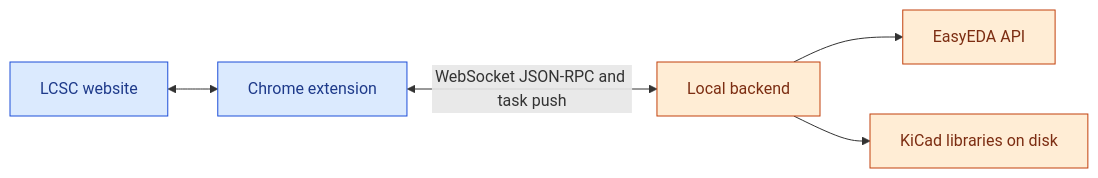
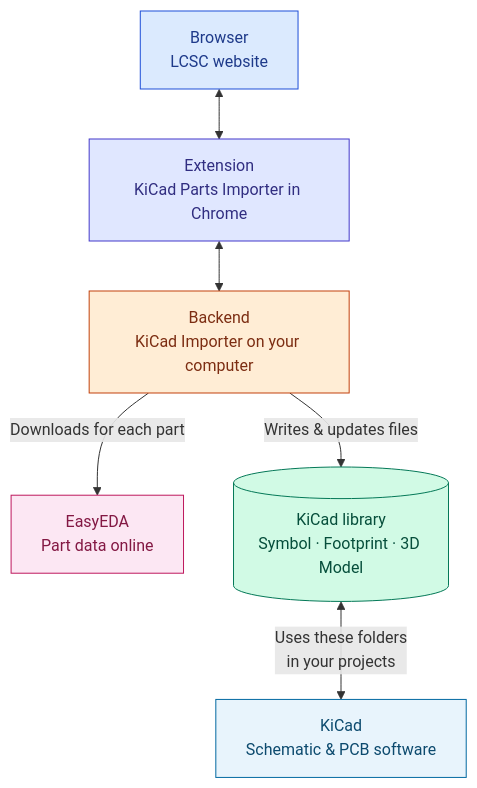
Before and after one commit to CarlKuhligk/LCSC2KicadChromeExtension: the diagram in README.md, drawn with Mermaid. The commit also changed other lines of this file, not shown here.

First line of the commit message:
docs: update README for extension, API previews, and workflow

````diff
--- a/README.md
+++ b/README.md
@@ -14,13 +27,34 @@
 ```mermaid
-flowchart LR
-  lcsc[LCSC website] <--> ext[Chrome extension]
-  ext <-->|WebSocket JSON-RPC and task push| api[Local backend]
-  api --> easyeda[EasyEDA API]
-  api --> disk[KiCad libraries on disk]
+flowchart TB
+  lcsc["Browser<br>LCSC website"]
 
-  classDef clientSide fill:#dbeafe,stroke:#1d4ed8,color:#1e3a8a
-  classDef serverSide fill:#ffedd5,stroke:#c2410c,color:#7c2d12
+  extension["Extension<br>KiCad Parts Importer in Chrome"]
 
-  class lcsc,ext clientSide
-  class api,easyeda,disk serverSide
+  backend["Backend<br>KiCad Importer on your computer"]
+
+  ee["EasyEDA<br>Part data online"]
+
+  libs[("KiCad library<br>Symbol · Footprint · 3D Model")]
+
+  kicad["KiCad<br>Schematic & PCB software"]
+
+  lcsc <--> extension
+  extension <--> backend
+  backend -->|Downloads for each part| ee
+  backend -->|Writes & updates files| libs
+  libs <-->|Uses these folders<br>in your projects| kicad
+
+  classDef browser fill:#dbeafe,stroke:#1d4ed8,color:#1e3a8a
+  classDef extmod fill:#e0e7ff,stroke:#4338ca,color:#312e81
+  classDef server fill:#ffedd5,stroke:#c2410c,color:#7c2d12
+  classDef cloud fill:#fce7f3,stroke:#be185d,color:#831843
+  classDef storage fill:#d1fae5,stroke:#047857,color:#064e3b
+  classDef cadapp fill:#e8f4fc,stroke:#0369a1,color:#0c4a6e
+
+  class lcsc browser
+  class extension extmod
+  class backend server
+  class ee cloud
+  class libs storage
+  class kicad cadapp
 ```
````
